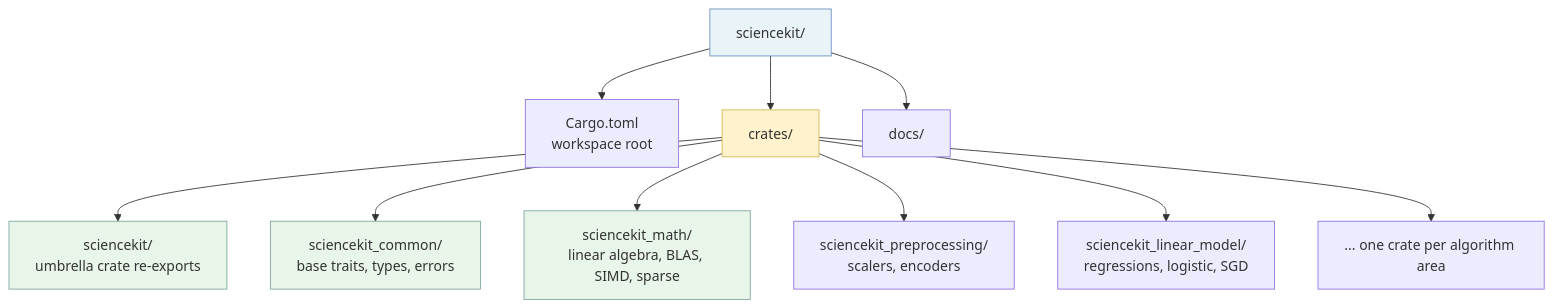
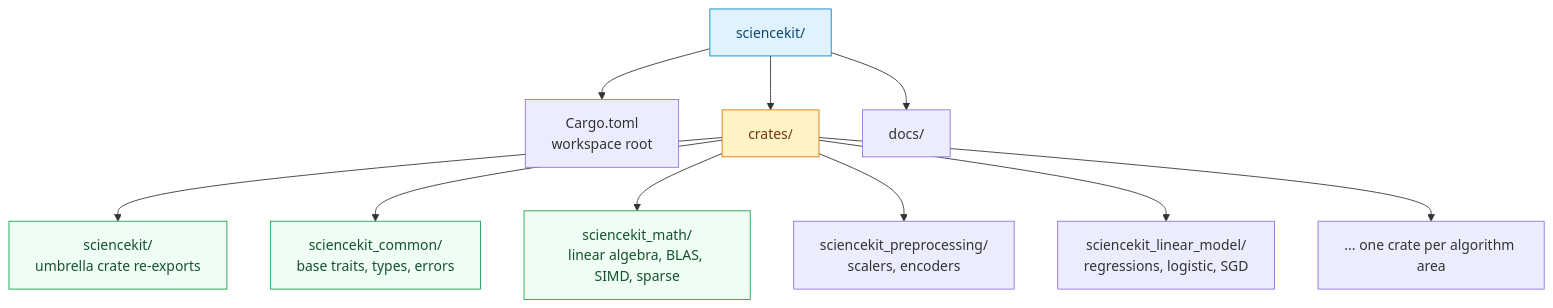
The first of 2 diagrams in docs/src/development-explained/ch01-workspace-and-ci.md (neurono-ml/sciencekit), drawn with Mermaid before and after one commit. The commit also changed other lines of this file and 12 other files, not shown here.

First line of the commit message:
docs: fix book theme UX — typography control, buttons, sidebar, Mermaid contrast

````diff
--- a/docs/src/development-explained/ch01-workspace-and-ci.md
+++ b/docs/src/development-explained/ch01-workspace-and-ci.md
@@ -238,21 +238,21 @@
 ```mermaid
 flowchart TD
     accTitle: The planned sciencekit workspace layout
     accDescr: A sciencekit workspace root containing Cargo.toml, a crates folder with one sub-crate per algorithm area, and a docs folder.
     ROOT[sciencekit/]
     ROOT --> CARGO[Cargo.toml<br/>workspace root]
     ROOT --> CRATES[crates/]
     ROOT --> DOCS[docs/]
     CRATES --> UMBRELLA[sciencekit/<br/>umbrella crate re-exports]
     CRATES --> COMMON[sciencekit_common/<br/>base traits, types, errors]
     CRATES --> MATH[sciencekit_math/<br/>linear algebra, BLAS, SIMD, sparse]
     CRATES --> PREP[sciencekit_preprocessing/<br/>scalers, encoders]
     CRATES --> LINEAR[sciencekit_linear_model/<br/>regressions, logistic, SGD]
     CRATES --> MORE[... one crate per algorithm area]
 
-    style ROOT fill:#e8f4f8,stroke:#6c8ebf
-    style CRATES fill:#fff2cc,stroke:#d6b656
-    style UMBRELLA fill:#e8f5e9,stroke:#7ea6a0
-    style COMMON fill:#e8f5e9,stroke:#7ea6a0
-    style MATH fill:#e8f5e9,stroke:#7ea6a0
+    style ROOT fill:#e0f2fe,stroke:#0284c7,color:#0c4a6e
+    style CRATES fill:#fef3c7,stroke:#d97706,color:#78350f
+    style UMBRELLA fill:#f0fdf4,stroke:#16a34a,color:#14532d
+    style COMMON fill:#f0fdf4,stroke:#16a34a,color:#14532d
+    style MATH fill:#f0fdf4,stroke:#16a34a,color:#14532d
 ```
````
